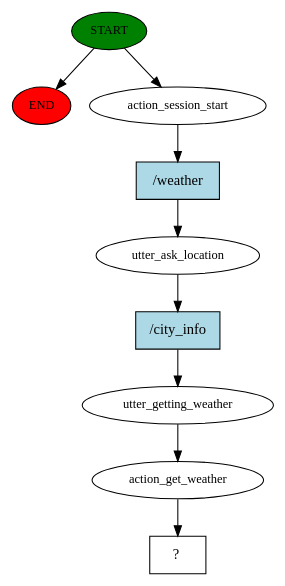
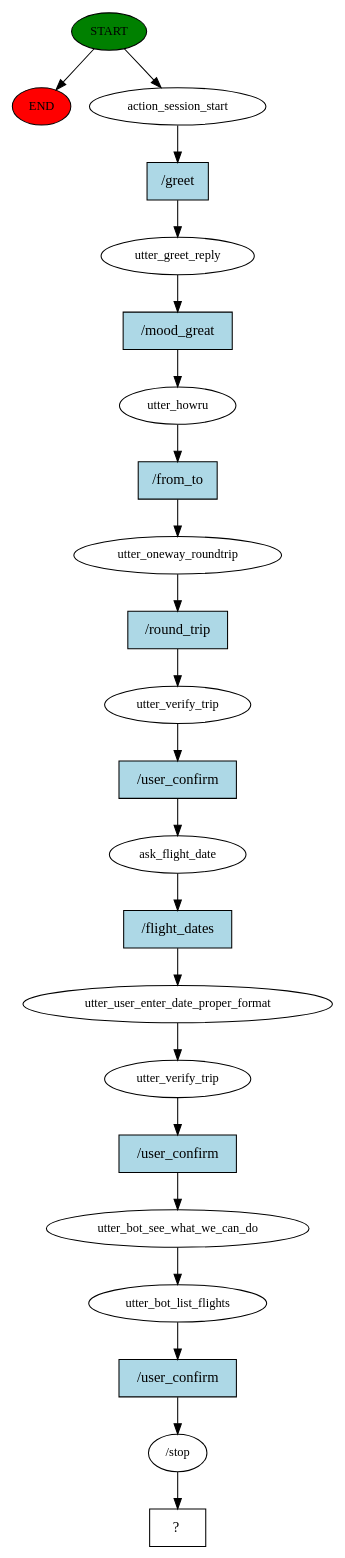
One commit to joegaspari/Team24-COSC310 changed the diagram in TravelBOT/story_graph.dot. Above: the diagram before and after it, drawn with Graphviz. The commit also changed 8 other files, not shown here.

```diff
--- a/TravelBOT/story_graph.dot
+++ b/TravelBOT/story_graph.dot
@@ -1,19 +1,45 @@
 digraph  {
 0 [class="start active", fillcolor=green, fontsize=12, label=START, style=filled];
 "-1" [class=end, fillcolor=red, fontsize=12, label=END, style=filled];
 1 [class=active, fontsize=12, label=action_session_start];
-2 [class=active, fontsize=12, label=utter_ask_location];
-3 [class=active, fontsize=12, label=utter_getting_weather];
-4 [class=active, fontsize=12, label=action_get_weather];
-5 [class="intent dashed active", label="  ?  ", shape=rect];
-6 [class="intent active", fillcolor=lightblue, label="/weather", shape=rect, style=filled];
-7 [class="intent active", fillcolor=lightblue, label="/city_info", shape=rect, style=filled];
+2 [class=active, fontsize=12, label=utter_greet_reply];
+3 [class=active, fontsize=12, label=utter_howru];
+4 [class=active, fontsize=12, label=utter_oneway_roundtrip];
+5 [class=active, fontsize=12, label=utter_verify_trip];
+6 [class=active, fontsize=12, label=ask_flight_date];
+7 [class=active, fontsize=12, label=utter_user_enter_date_proper_format];
+8 [class=active, fontsize=12, label=utter_verify_trip];
+9 [class=active, fontsize=12, label=utter_bot_see_what_we_can_do];
+10 [class=active, fontsize=12, label=utter_bot_list_flights];
+11 [class=active, fontsize=12, label="/stop"];
+12 [class="intent dashed active", label="  ?  ", shape=rect];
+13 [class="intent active", fillcolor=lightblue, label="/greet", shape=rect, style=filled];
+14 [class="intent active", fillcolor=lightblue, label="/mood_great", shape=rect, style=filled];
+15 [class="intent active", fillcolor=lightblue, label="/from_to", shape=rect, style=filled];
+16 [class="intent active", fillcolor=lightblue, label="/round_trip", shape=rect, style=filled];
+17 [class="intent active", fillcolor=lightblue, label="/user_confirm", shape=rect, style=filled];
+18 [class="intent active", fillcolor=lightblue, label="/flight_dates", shape=rect, style=filled];
+19 [class="intent active", fillcolor=lightblue, label="/user_confirm", shape=rect, style=filled];
+20 [class="intent active", fillcolor=lightblue, label="/user_confirm", shape=rect, style=filled];
 0 -> "-1"  [class="", key=NONE, label=""];
 0 -> 1  [class=active, key=NONE, label=""];
-1 -> 6  [class=active, key=0];
-2 -> 7  [class=active, key=0];
-3 -> 4  [class=active, key=NONE, label=""];
-4 -> 5  [class=active, key=NONE, label=""];
-6 -> 2  [class=active, key=0];
-7 -> 3  [class=active, key=0];
+1 -> 13  [class=active, key=0];
+2 -> 14  [class=active, key=0];
+3 -> 15  [class=active, key=0];
+4 -> 16  [class=active, key=0];
+5 -> 17  [class=active, key=0];
+6 -> 18  [class=active, key=0];
+7 -> 8  [class=active, key=NONE, label=""];
+8 -> 19  [class=active, key=0];
+9 -> 10  [class=active, key=NONE, label=""];
+10 -> 20  [class=active, key=0];
+11 -> 12  [class=active, key=NONE, label=""];
+13 -> 2  [class=active, key=0];
+14 -> 3  [class=active, key=0];
+15 -> 4  [class=active, key=0];
+16 -> 5  [class=active, key=0];
+17 -> 6  [class=active, key=0];
+18 -> 7  [class=active, key=0];
+19 -> 9  [class=active, key=0];
+20 -> 11  [class=active, key=0];
 }
```
